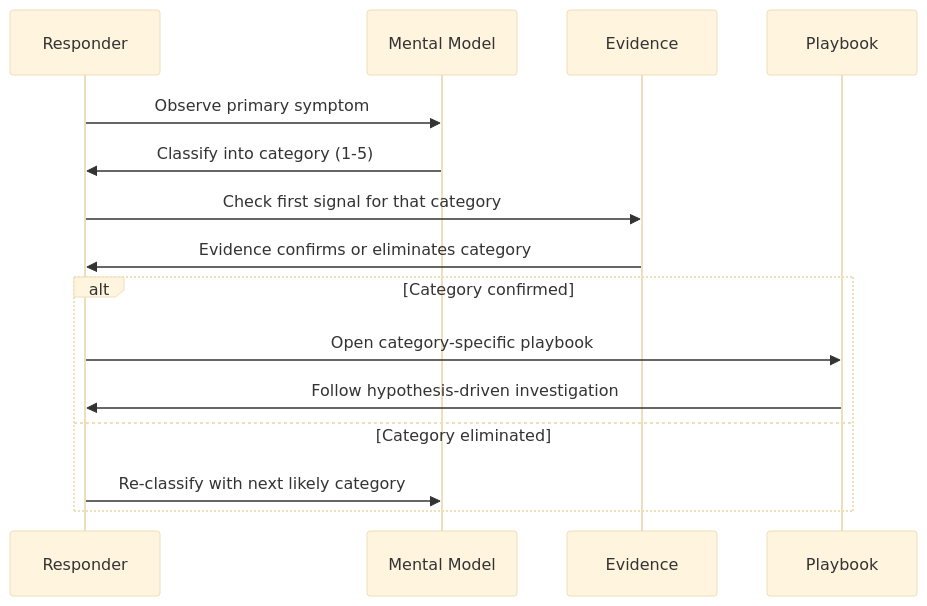
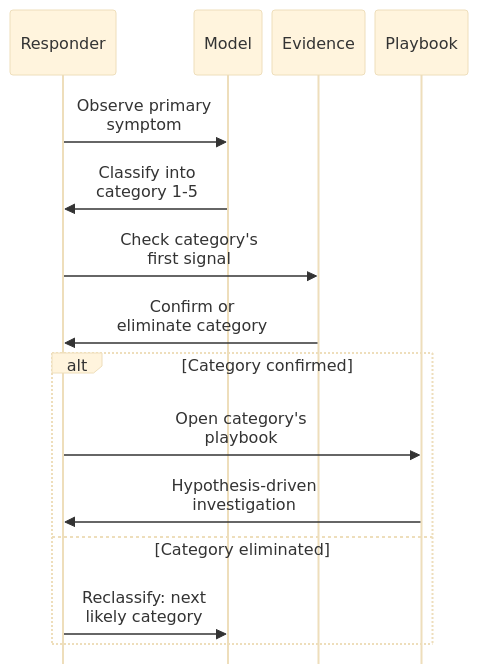
The second of 2 diagrams in docs/troubleshooting/mental-model.md (yeongseon/azure-functions-practical-guide), drawn with Mermaid (base theme) before and after one commit. The commit also changed other lines of this file and 4 other files, not shown here.

First line of the commit message:
docs(diagrams): migrate Functions troubleshooting overview — mental model and methodology and related diagnostics (#456)

````diff
--- a/docs/troubleshooting/mental-model.md
+++ b/docs/troubleshooting/mental-model.md
@@ -284,18 +303,21 @@
 ```mermaid
+%%{init: {'sequence': {'actorMargin': 10, 'diagramMarginX': 5, 'width': 65, 'mirrorActors': false}}}%%
 sequenceDiagram
+    accTitle: Using incident classification with evidence
+    accDescr: Illustrative responder workflow with four roles: responder, mental model, evidence and playbook. Check a category's first signal, investigate a confirmed category with its playbook, or reclassify an eliminated category.
     participant R as Responder
-    participant M as Mental Model
+    participant M as Model
     participant E as Evidence
     participant P as Playbook
 
-    R->>M: Observe primary symptom
-    M->>R: Classify into category (1-5)
-    R->>E: Check first signal for that category
-    E->>R: Evidence confirms or eliminates category
+    R->>M: Observe primary<br/>symptom
+    M->>R: Classify into<br/>category 1-5
+    R->>E: Check category's<br/>first signal
+    E->>R: Confirm or<br/>eliminate category
     alt Category confirmed
-        R->>P: Open category-specific playbook
-        P->>R: Follow hypothesis-driven investigation
+        R->>P: Open category's<br/>playbook
+        P->>R: Hypothesis-driven<br/>investigation
     else Category eliminated
-        R->>M: Re-classify with next likely category
+        R->>M: Reclassify: next<br/>likely category
     end
 ```
````
